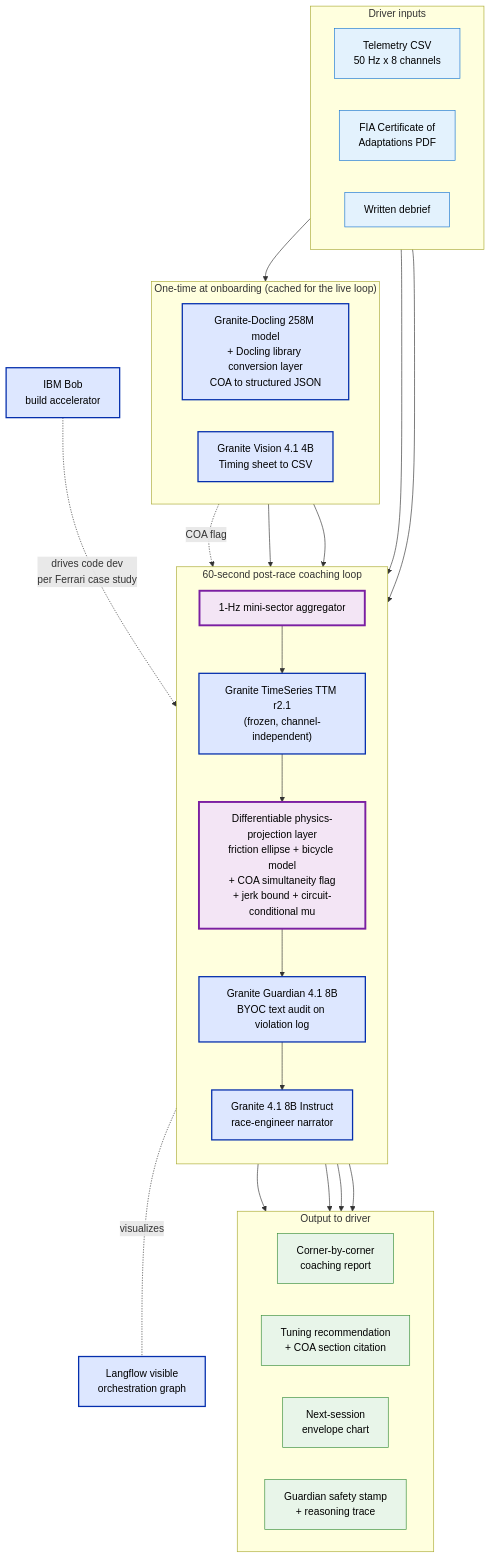
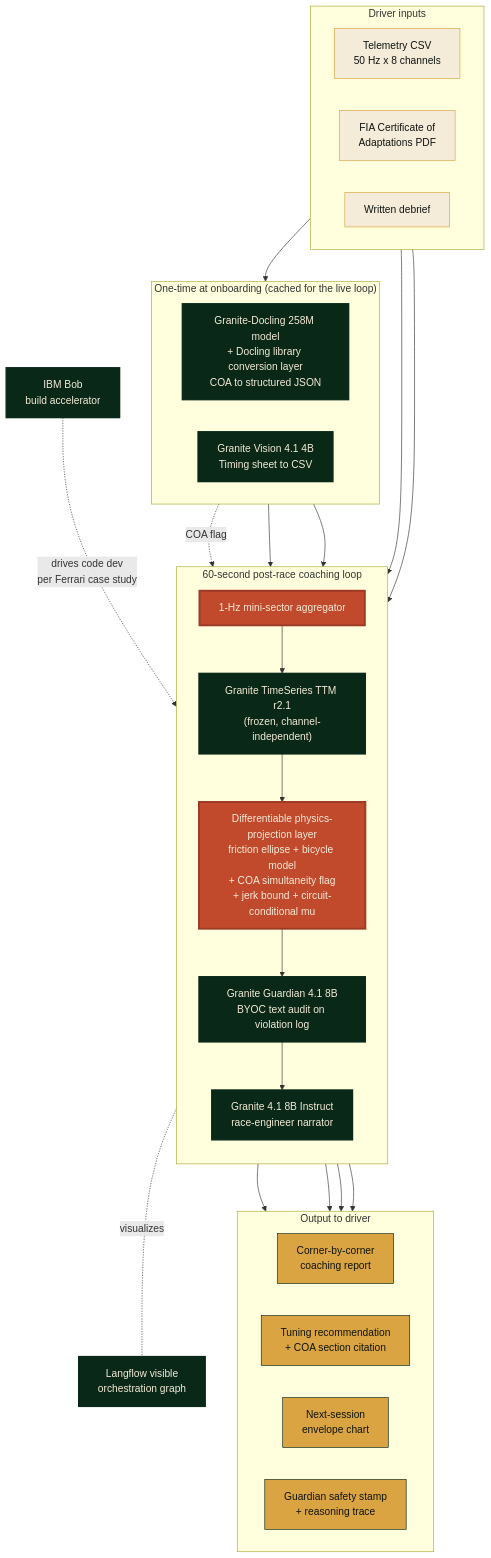
The diagram in README.md (StephenSook/apex), drawn with Mermaid before and after one commit. The commit also changed other lines of this file, not shown here.

Commit message:
fix(readme): wave-6 codex hardening - hedge £400-500 → 'low-to-mid hundreds', generalize Article 18.3 → 'Appendix L' (citation drift), sync inline Mermaid palette to editorial-paddock

````diff
--- a/README.md
+++ b/README.md
@@ -64,63 +64,63 @@
 ```mermaid
 flowchart TB
     subgraph In["Driver inputs"]
         direction LR
         TEL["Telemetry CSV<br/>50 Hz x 8 channels"]
         COA["FIA Certificate of<br/>Adaptations PDF"]
         DBR["Written debrief"]
     end
 
     subgraph OB["One-time at onboarding (cached for the live loop)"]
         direction LR
         DOCLING["Granite-Docling 258M model<br/>+ Docling library conversion layer<br/>COA to structured JSON"]
         VISION["Granite Vision 4.1 4B<br/>Timing sheet to CSV"]
     end
 
     subgraph LL["60-second post-race coaching loop"]
         direction TB
         AGG["1-Hz mini-sector aggregator"]
         TTM["Granite TimeSeries TTM r2.1<br/>(frozen, channel-independent)"]
         PROJ["Differentiable physics-projection layer<br/>friction ellipse + bicycle model<br/>+ COA simultaneity flag<br/>+ jerk bound + circuit-conditional mu"]
         GUARD["Granite Guardian 4.1 8B<br/>BYOC text audit on violation log"]
         INSTR["Granite 4.1 8B Instruct<br/>race-engineer narrator"]
     end
 
     subgraph Out["Output to driver"]
         direction LR
         REPORT["Corner-by-corner<br/>coaching report"]
         TUNE["Tuning recommendation<br/>+ COA section citation"]
         FCST["Next-session<br/>envelope chart"]
         STAMP["Guardian safety stamp<br/>+ reasoning trace"]
     end
 
     TEL --> AGG
     COA --> DOCLING
     AGG --> TTM
     DOCLING -. COA flag .-> PROJ
     TTM --> PROJ
     PROJ --> GUARD
     DBR --> INSTR
     GUARD --> INSTR
     DOCLING --> INSTR
     VISION --> INSTR
     INSTR --> REPORT
     INSTR --> TUNE
     PROJ --> FCST
     GUARD --> STAMP
 
     LF["Langflow visible<br/>orchestration graph"]
     LL -. visualizes .- LF
 
     BOB["IBM Bob<br/>build accelerator"]
     BOB -.->|drives code dev<br/>per Ferrari case study| LL
 
-    classDef ibm fill:#dde7ff,stroke:#052fad,stroke-width:2px,color:#000
-    classDef physics fill:#f3e5f5,stroke:#7b1fa2,stroke-width:3px,color:#000
-    classDef input fill:#e3f2fd,stroke:#1976d2,color:#000
-    classDef output fill:#e8f5e9,stroke:#388e3c,color:#000
+    classDef ibm fill:#0A2818,stroke:#0A2818,stroke-width:2px,color:#F4EBD8
+    classDef physics fill:#C1492C,stroke:#9C3A23,stroke-width:3px,color:#F4EBD8
+    classDef input fill:#F4EBD8,stroke:#D9A441,stroke-width:1px,color:#0F1410
+    classDef output fill:#D9A441,stroke:#0A2818,color:#0F1410
 
     class TEL,COA,DBR input
     class REPORT,TUNE,FCST,STAMP output
     class DOCLING,VISION,TTM,GUARD,INSTR,LF,BOB ibm
     class PROJ,AGG physics
 ```
````
